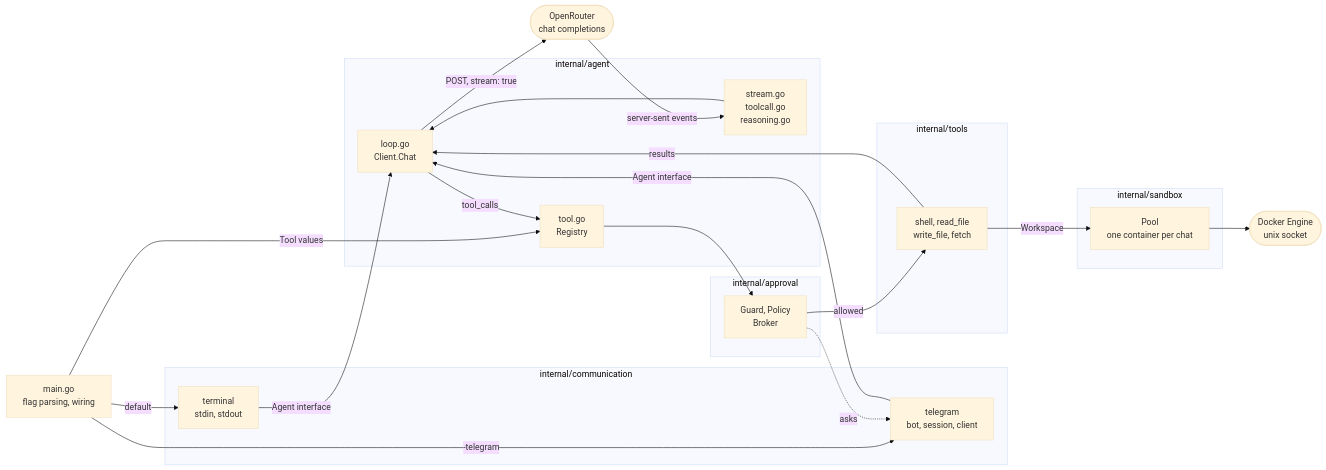
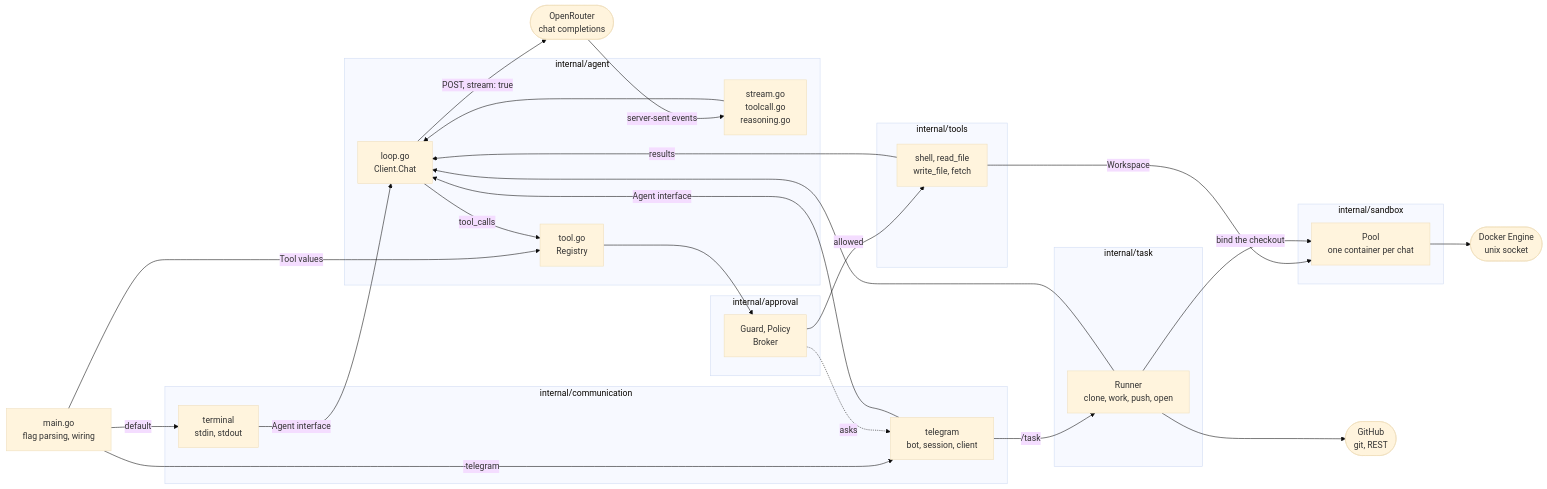
Before and after one commit to skryvets/my-agent: the first of 2 diagrams in README.md, drawn with Mermaid (base theme). The commit also changed other lines of this file and 21 other files, not shown here.

````diff
--- a/README.md
+++ b/README.md
@@ -15,46 +19,54 @@
 ```mermaid
 flowchart LR
     main["main.go<br/>flag parsing, wiring"]
 
     subgraph comm ["internal/communication"]
         term["terminal<br/>stdin, stdout"]
         tg["telegram<br/>bot, session, client"]
     end
 
     subgraph core ["internal/agent"]
         chat["loop.go<br/>Client.Chat"]
         reg["tool.go<br/>Registry"]
         sse["stream.go<br/>toolcall.go<br/>reasoning.go"]
     end
 
     subgraph kit ["internal/tools"]
         sh["shell, read_file<br/>write_file, fetch"]
     end
 
     subgraph gate ["internal/approval"]
         guard["Guard, Policy<br/>Broker"]
     end
 
     subgraph box ["internal/sandbox"]
         pool["Pool<br/>one container per chat"]
     end
 
+    subgraph job ["internal/task"]
+        runner["Runner<br/>clone, work, push, open"]
+    end
+
     api(["OpenRouter<br/>chat completions"])
     dock(["Docker Engine<br/>unix socket"])
 
     main -->|default| term
     main -->|"-telegram"| tg
     main -->|Tool values| reg
     term -->|Agent interface| chat
     tg -->|Agent interface| chat
     chat -->|"POST, stream: true"| api
     api -->|server-sent events| sse
     sse --> chat
     chat -->|tool_calls| reg
     reg --> guard
     guard -->|allowed| sh
     guard -.->|"asks"| tg
     sh -->|Workspace| pool
     pool --> dock
     sh -->|results| chat
+    tg -->|"/task"| runner
+    runner --> chat
+    runner -->|bind the checkout| pool
+    runner --> gh(["GitHub<br/>git, REST"])
 ```
````
